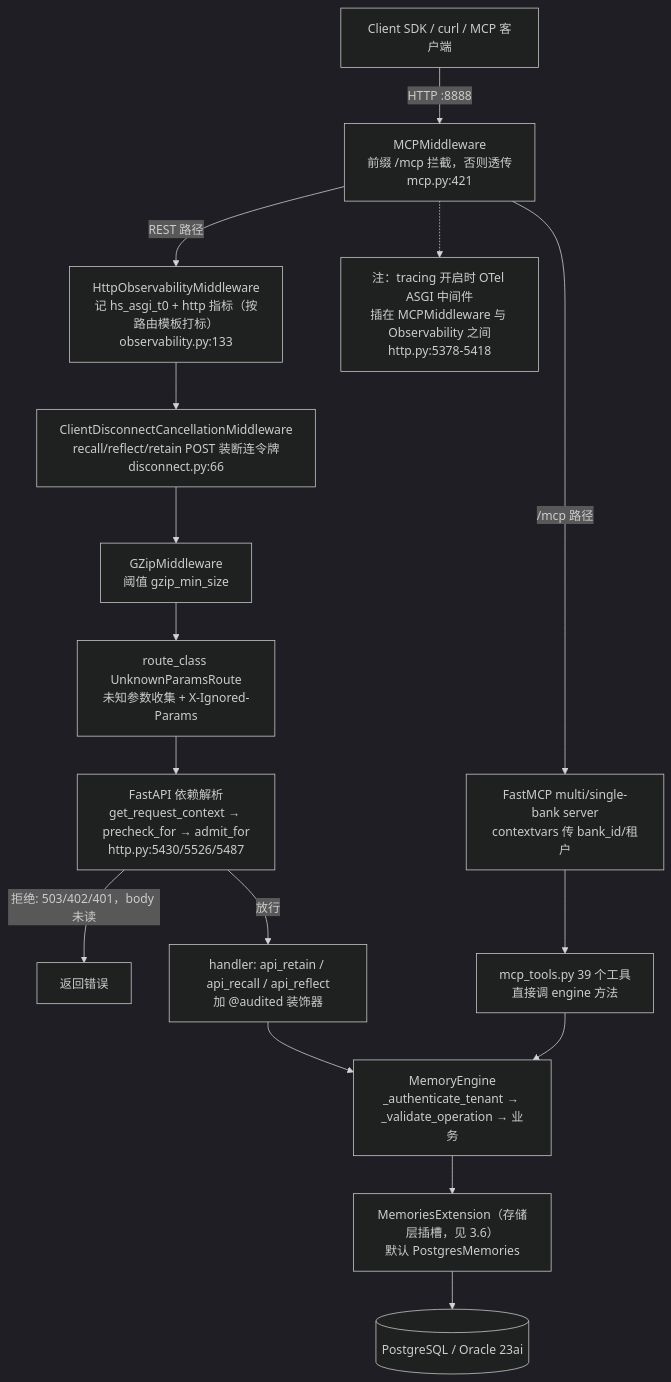
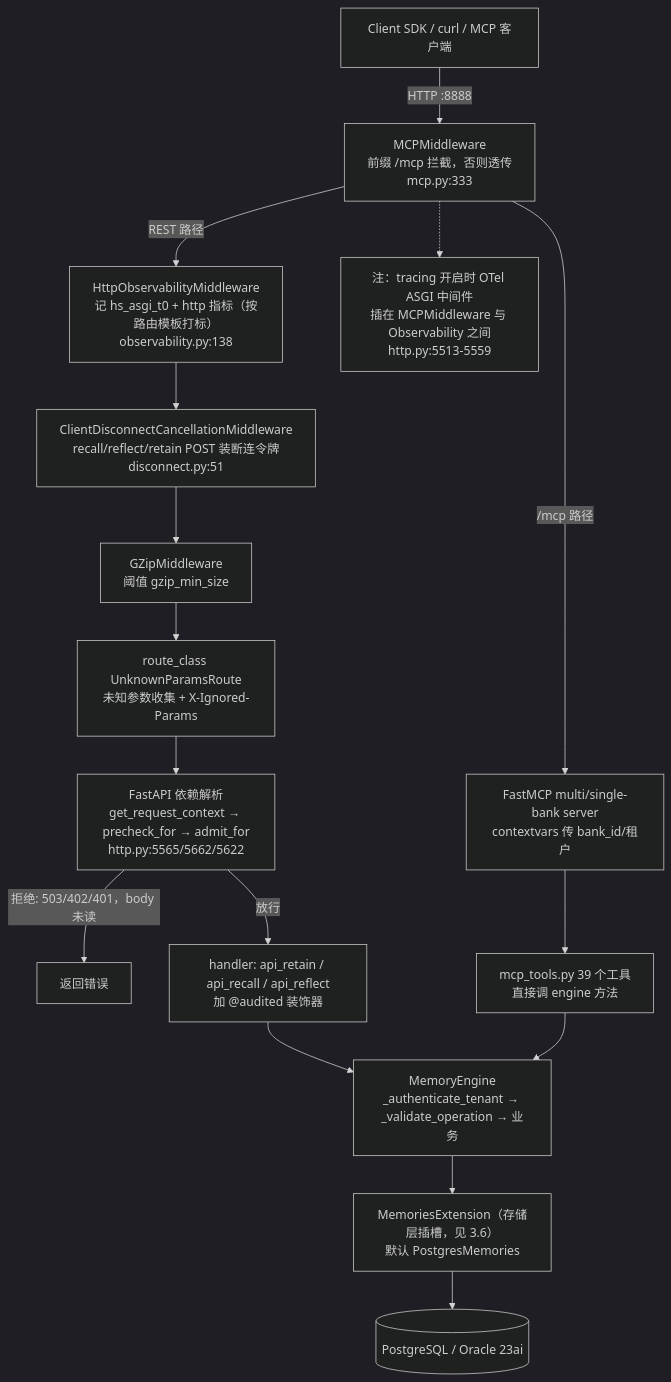
The third of 7 diagrams in docs/hindsight/source-study/06-api-层与服务形态.md (stefanv5/memory-platform-architecture), drawn with Mermaid (dark theme) before and after one commit. The commit also changed other lines of this file and 9 other files, not shown here.

````diff
--- a/docs/hindsight/source-study/06-api-层与服务形态.md
+++ b/docs/hindsight/source-study/06-api-层与服务形态.md
@@ -216,18 +218,18 @@
 ```mermaid
 flowchart TD
-    C["Client SDK / curl / MCP 客户端"] -->|"HTTP :8888"| MW1["MCPMiddleware<br/>前缀 /mcp 拦截，否则透传<br/>mcp.py:421"]
-    MW1 -->|"REST 路径"| MW2["HttpObservabilityMiddleware<br/>记 hs_asgi_t0 + http 指标（按路由模板打标）<br/>observability.py:133"]
-    MW2 --> MW3["ClientDisconnectCancellationMiddleware<br/>recall/reflect/retain POST 装断连令牌<br/>disconnect.py:66"]
+    C["Client SDK / curl / MCP 客户端"] -->|"HTTP :8888"| MW1["MCPMiddleware<br/>前缀 /mcp 拦截，否则透传<br/>mcp.py:333"]
+    MW1 -->|"REST 路径"| MW2["HttpObservabilityMiddleware<br/>记 hs_asgi_t0 + http 指标（按路由模板打标）<br/>observability.py:138"]
+    MW2 --> MW3["ClientDisconnectCancellationMiddleware<br/>recall/reflect/retain POST 装断连令牌<br/>disconnect.py:51"]
     MW3 --> MW4["GZipMiddleware<br/>阈值 gzip_min_size"]
     MW4 --> ROUTE["route_class UnknownParamsRoute<br/>未知参数收集 + X-Ignored-Params"]
-    ROUTE --> DEP["FastAPI 依赖解析<br/>get_request_context → precheck_for → admit_for<br/>http.py:5430/5526/5487"]
+    ROUTE --> DEP["FastAPI 依赖解析<br/>get_request_context → precheck_for → admit_for<br/>http.py:5565/5662/5622"]
     DEP -->|"拒绝: 503/402/401，body 未读"| OUT["返回错误"]
     DEP -->|"放行"| HANDLER["handler: api_retain / api_recall / api_reflect<br/>加 @audited 装饰器"]
     HANDLER --> ENG["MemoryEngine<br/>_authenticate_tenant → _validate_operation → 业务"]
     ENG --> MEMO["MemoriesExtension（存储层插槽，见 3.6）<br/>默认 PostgresMemories"]
     MEMO --> DB[("PostgreSQL / Oracle 23ai")]
     MW1 -->|"/mcp 路径"| FASTMCP["FastMCP multi/single-bank server<br/>contextvars 传 bank_id/租户"]
-    MW1 -.-> OTELNOTE["注：tracing 开启时 OTel ASGI 中间件<br/>插在 MCPMiddleware 与 Observability 之间<br/>http.py:5378-5418"]
+    MW1 -.-> OTELNOTE["注：tracing 开启时 OTel ASGI 中间件<br/>插在 MCPMiddleware 与 Observability 之间<br/>http.py:5513-5559"]
     FASTMCP --> TOOLS["mcp_tools.py 39 个工具<br/>直接调 engine 方法"]
     TOOLS --> ENG
 ```
````
